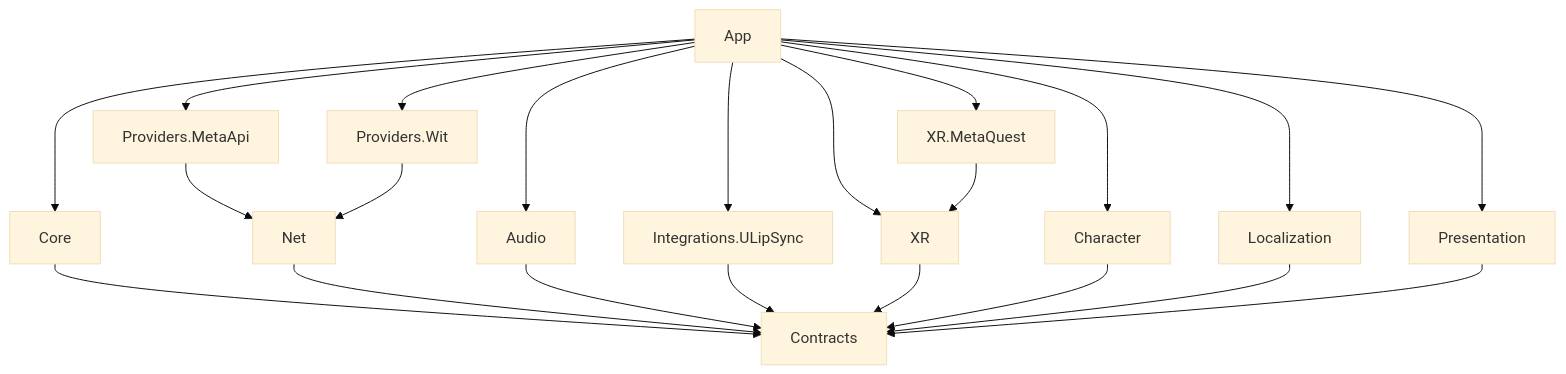
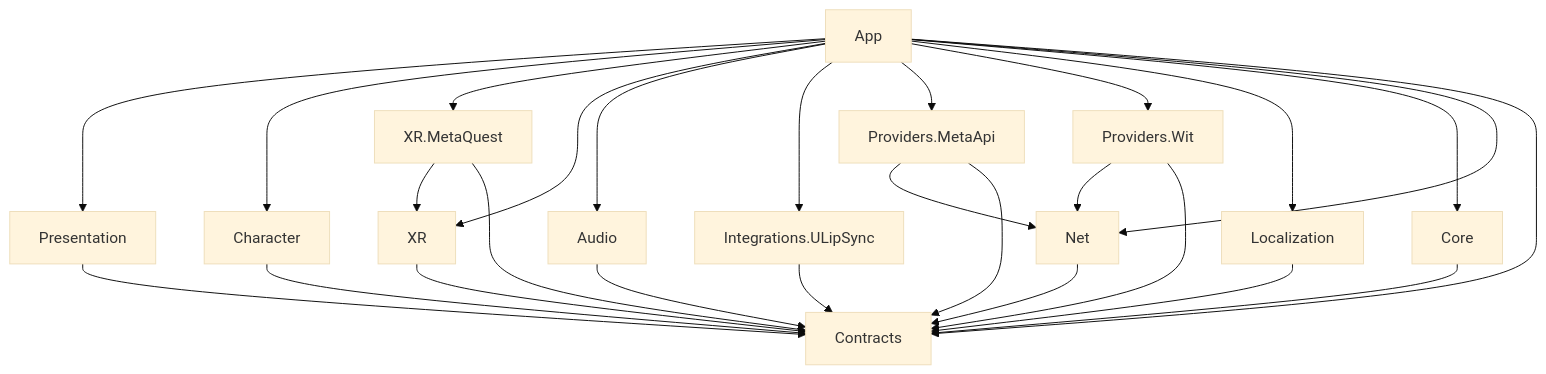
One commit to ImageekCompany/nubi-mixed-reality-ai-companion changed the first of 7 diagrams in docs/architecture.md. Above: the diagram before and after it, drawn with Mermaid (base theme). The commit also changed other lines of this file and 9 other files, not shown here.

First line of the commit message:
docs: final review results, contracts and architecture brought up to date; cut 0.1.0

````diff
--- a/docs/architecture.md
+++ b/docs/architecture.md
@@ -48,9 +48,9 @@
 ```mermaid
 graph TD
-  App --> Presentation & Character & XRMQ[XR.MetaQuest] & XR & Audio & ULip[Integrations.ULipSync] & Meta[Providers.MetaApi] & Wit[Providers.Wit] & Loc[Localization] & Core
+  App --> Presentation & Character & XRMQ[XR.MetaQuest] & XR & Audio & ULip[Integrations.ULipSync] & Meta[Providers.MetaApi] & Wit[Providers.Wit] & Loc[Localization] & Core & Net & Contracts
   XRMQ --> XR
   Meta --> Net
   Wit --> Net
   Core --> Contracts
-  Net & Audio & ULip & XR & Character & Loc & Presentation --> Contracts
+  Net & Audio & ULip & XR & XRMQ & Character & Loc & Presentation & Meta & Wit --> Contracts
 ```
````
